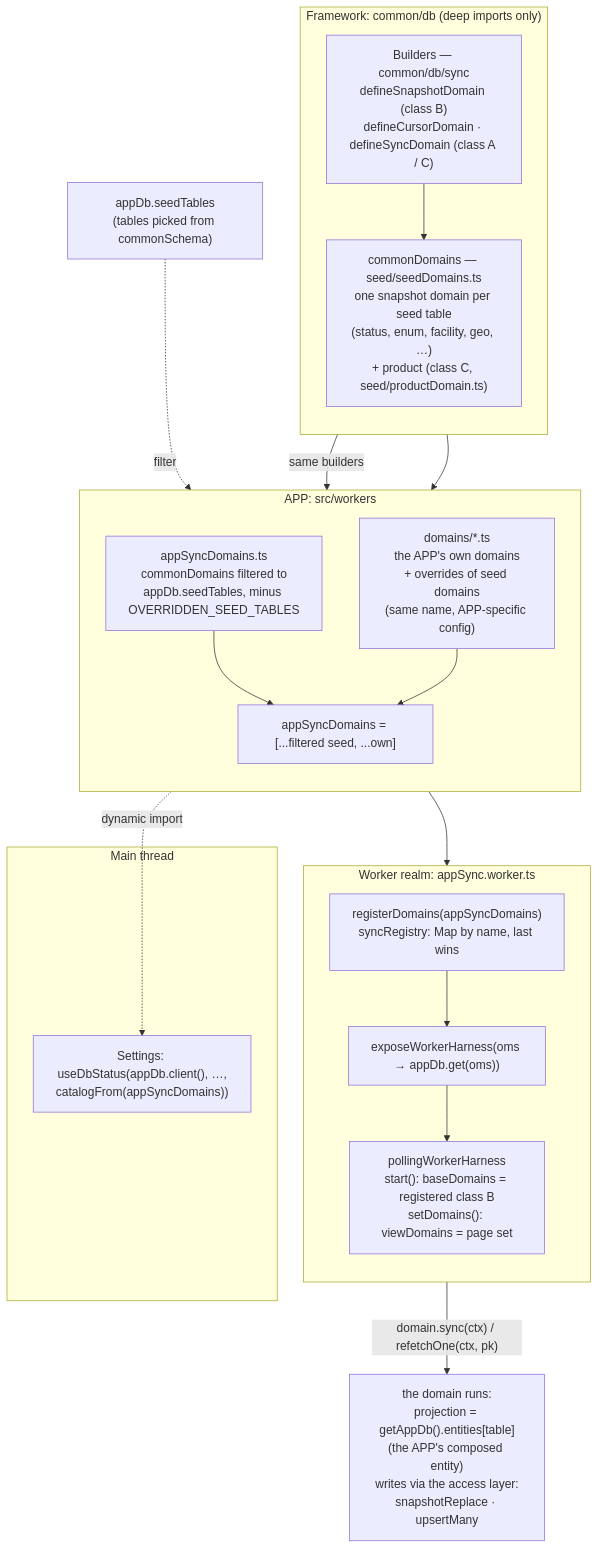
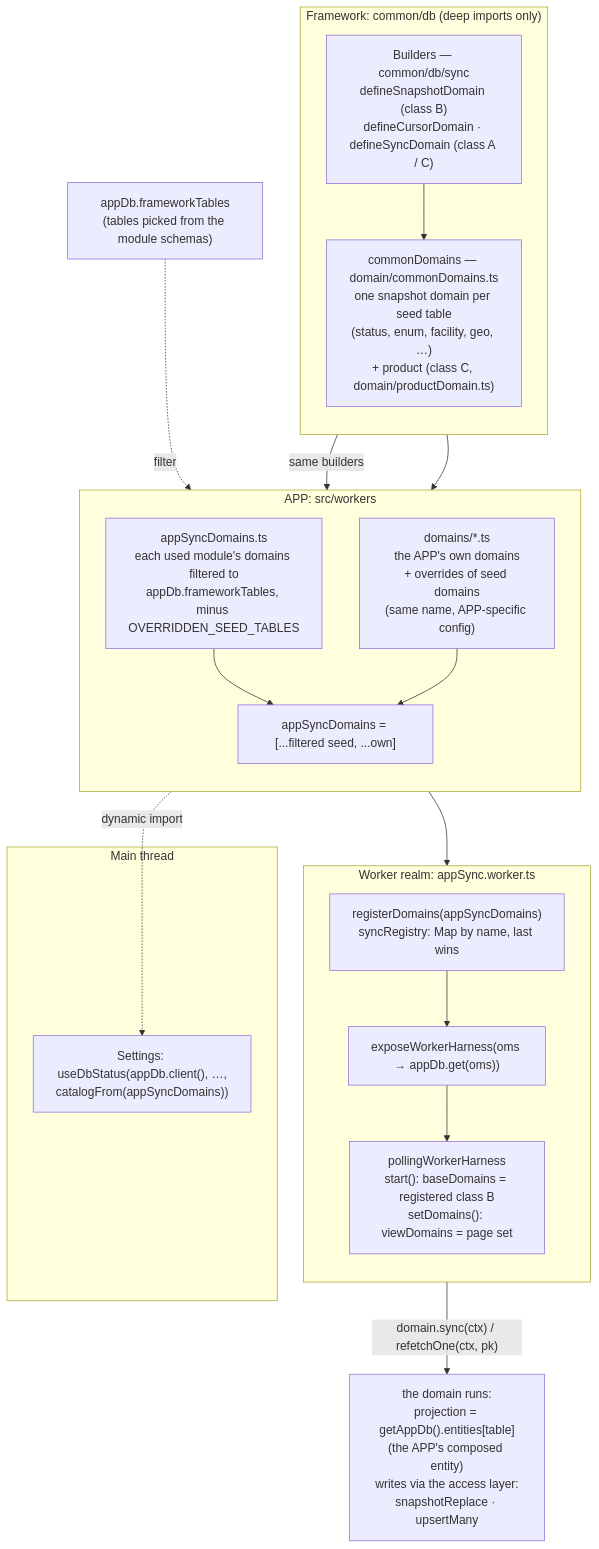
The fifth of 6 diagrams in docs/APP_DB_ARCHITECTURE.md (hotwax/accxui), drawn with Mermaid before and after one commit. The commit also changed other lines of this file and 53 other files, not shown here.

Commit message:
Improved: common/db split into model/, schema/ and domain/; commonSchema and commonDomains move there, and seedTables becomes frameworkTables.

````diff
--- a/docs/APP_DB_ARCHITECTURE.md
+++ b/docs/APP_DB_ARCHITECTURE.md
@@ -332,38 +332,38 @@
 ```mermaid
 flowchart TB
     subgraph FW["Framework: common/db (deep imports only)"]
       direction TB
       BLD["Builders — common/db/sync<br/>defineSnapshotDomain (class B)<br/>defineCursorDomain · defineSyncDomain (class A / C)"]
-      CD["commonDomains — seed/seedDomains.ts<br/>one snapshot domain per seed table<br/>(status, enum, facility, geo, …)<br/>+ product (class C, seed/productDomain.ts)"]
+      CD["commonDomains — domain/commonDomains.ts<br/>one snapshot domain per seed table<br/>(status, enum, facility, geo, …)<br/>+ product (class C, domain/productDomain.ts)"]
       BLD --> CD
     end
 
     subgraph APP["APP: src/workers"]
       direction TB
       OWN["domains/*.ts<br/>the APP's own domains<br/>+ overrides of seed domains<br/>(same name, APP-specific config)"]
-      FILT["appSyncDomains.ts<br/>commonDomains filtered to<br/>appDb.seedTables, minus OVERRIDDEN_SEED_TABLES"]
+      FILT["appSyncDomains.ts<br/>each used module's domains filtered to<br/>appDb.frameworkTables, minus OVERRIDDEN_SEED_TABLES"]
       LIST["appSyncDomains = [...filtered seed, ...own]"]
       FILT --> LIST
       OWN --> LIST
     end
 
     BLD -- "same builders" --> OWN
     CD --> FILT
-    SEEDT["appDb.seedTables<br/>(tables picked from commonSchema)"] -. filter .-> FILT
+    SEEDT["appDb.frameworkTables<br/>(tables picked from the module schemas)"] -. filter .-> FILT
 
     subgraph WREALM["Worker realm: appSync.worker.ts"]
       direction TB
       REG["registerDomains(appSyncDomains)<br/>syncRegistry: Map by name, last wins"]
       EXP["exposeWorkerHarness(oms → appDb.get(oms))"]
       HAR["pollingWorkerHarness<br/>start(): baseDomains = registered class B<br/>setDomains(): viewDomains = page set"]
       REG --> EXP --> HAR
     end
 
     subgraph MREALM["Main thread"]
       CAT["Settings: useDbStatus(appDb.client(), …,<br/>catalogFrom(appSyncDomains))"]
     end
 
     LIST --> REG
     LIST -. "dynamic import" .-> CAT
     HAR -- "domain.sync(ctx) / refetchOne(ctx, pk)" --> RUN["the domain runs:<br/>projection = getAppDb().entities[table]<br/>(the APP's composed entity)<br/>writes via the access layer:<br/>snapshotReplace · upsertMany"]
 ```
````
